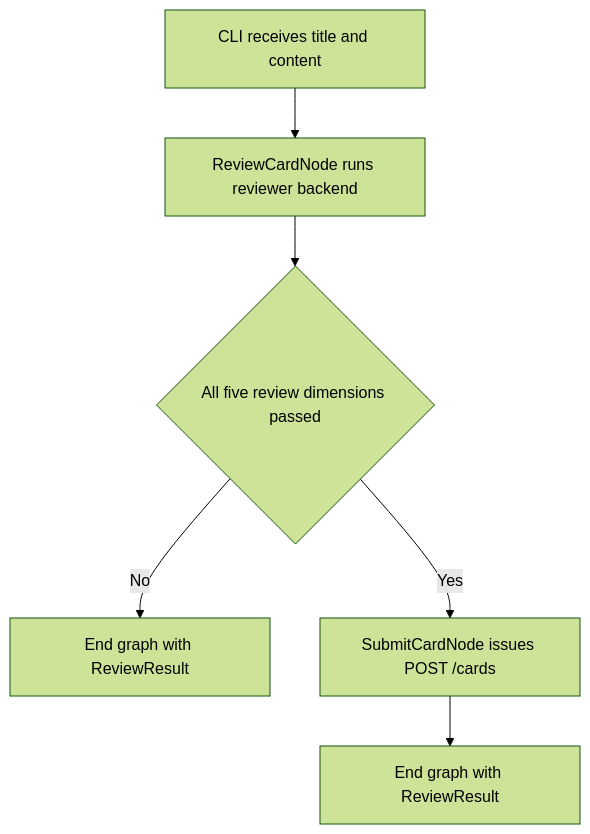
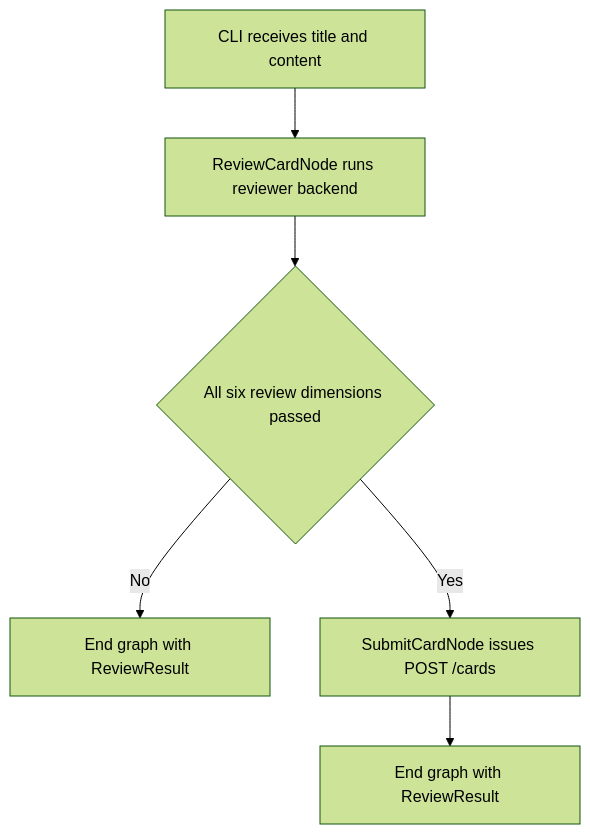
One commit to QinMian5/hll changed the diagram in .orbital/specs/designs/cli-review-orchestration.md. Above: the diagram before and after it, drawn with Mermaid (forest theme). The commit also changed other lines of this file and 18 other files, not shown here.

````diff
--- a/.orbital/specs/designs/cli-review-orchestration.md
+++ b/.orbital/specs/designs/cli-review-orchestration.md
@@ -101,15 +102,15 @@
 ```mermaid
 flowchart TD
     start["CLI receives title and content"]
     review["ReviewCardNode runs reviewer backend"]
-    decision{"All five review dimensions passed"}
+    decision{"All six review dimensions passed"}
     reject["End graph with ReviewResult"]
     submit["SubmitCardNode issues POST /cards"]
     finish["End graph with ReviewResult"]
 
     start --> review
     review --> decision
     decision -->|No| reject
     decision -->|Yes| submit
     submit --> finish
 ```
````
